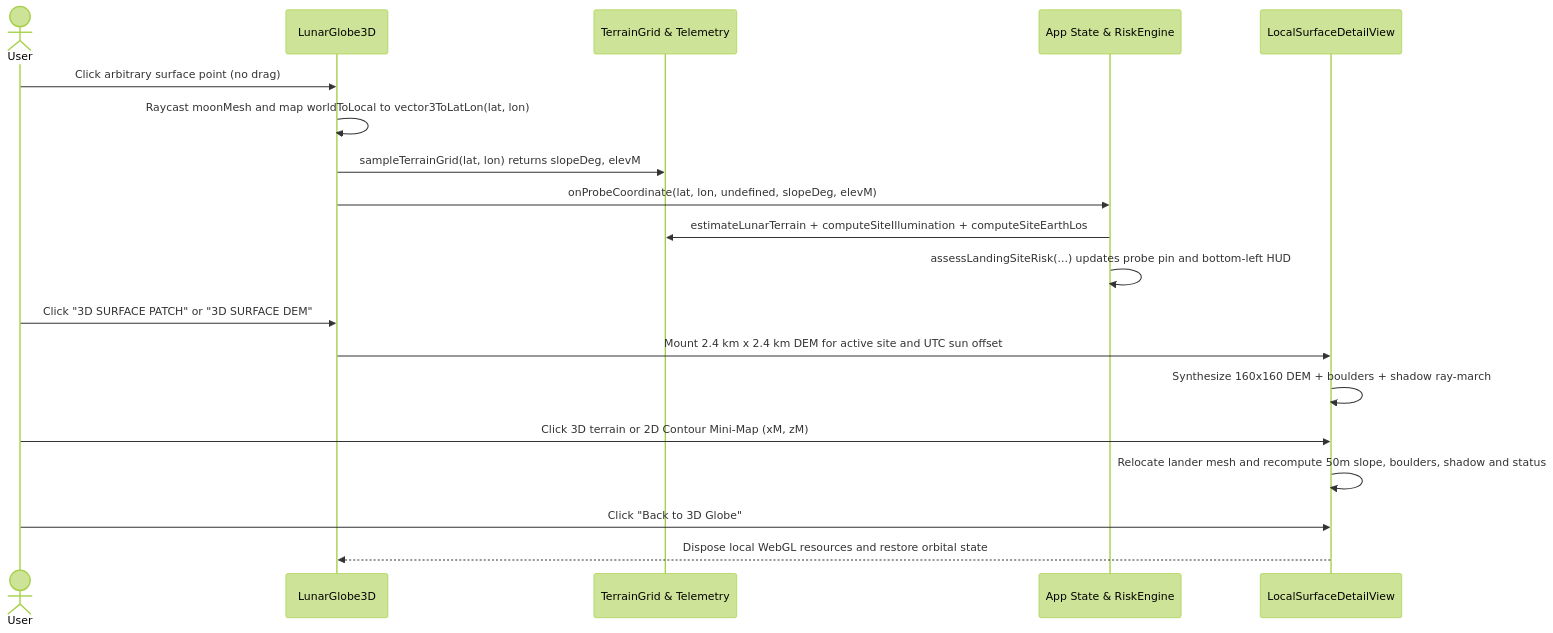
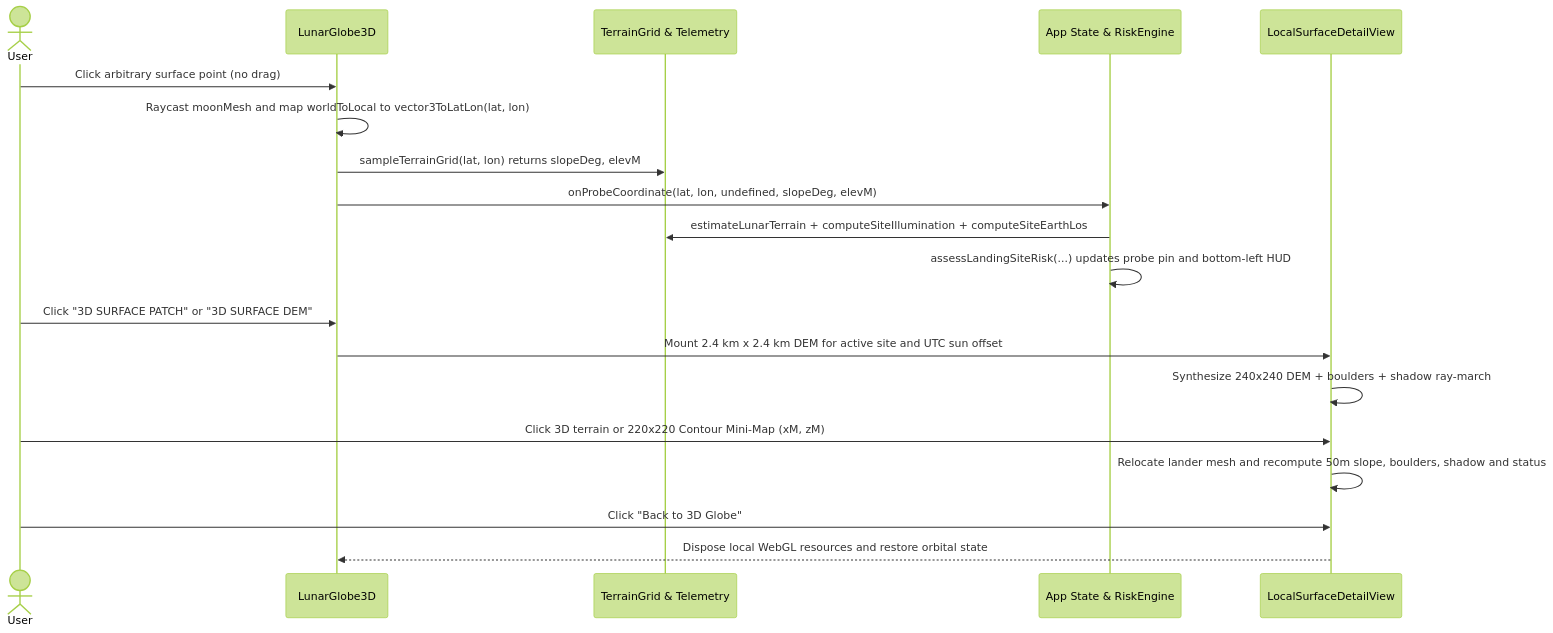
The fourth of 4 diagrams in README.md (AdeshDeshmukh/to-land-or-not-to-land-), drawn with Mermaid (forest theme) before and after one commit. The commit also changed other lines of this file and 8 other files, not shown here.

````diff
--- a/README.md
+++ b/README.md
@@ -268,23 +268,23 @@
 ```mermaid
 sequenceDiagram
     actor User
     participant Globe as LunarGlobe3D
     participant Grid as TerrainGrid & Telemetry
     participant App as App State & RiskEngine
     participant LocalDEM as LocalSurfaceDetailView
 
     User->>Globe: Click arbitrary surface point (no drag)
     Globe->>Globe: Raycast moonMesh and map worldToLocal to vector3ToLatLon(lat, lon)
     Globe->>Grid: sampleTerrainGrid(lat, lon) returns slopeDeg, elevM
     Globe->>App: onProbeCoordinate(lat, lon, undefined, slopeDeg, elevM)
     App->>Grid: estimateLunarTerrain + computeSiteIllumination + computeSiteEarthLos
     App->>App: assessLandingSiteRisk(...) updates probe pin and bottom-left HUD
 
     User->>Globe: Click "3D SURFACE PATCH" or "3D SURFACE DEM"
     Globe->>LocalDEM: Mount 2.4 km x 2.4 km DEM for active site and UTC sun offset
-    LocalDEM->>LocalDEM: Synthesize 160x160 DEM + boulders + shadow ray-march
-    User->>LocalDEM: Click 3D terrain or 2D Contour Mini-Map (xM, zM)
+    LocalDEM->>LocalDEM: Synthesize 240x240 DEM + boulders + shadow ray-march
+    User->>LocalDEM: Click 3D terrain or 220x220 Contour Mini-Map (xM, zM)
     LocalDEM->>LocalDEM: Relocate lander mesh and recompute 50m slope, boulders, shadow and status
     User->>LocalDEM: Click "Back to 3D Globe"
     LocalDEM-->>Globe: Dispose local WebGL resources and restore orbital state
 ```
````
